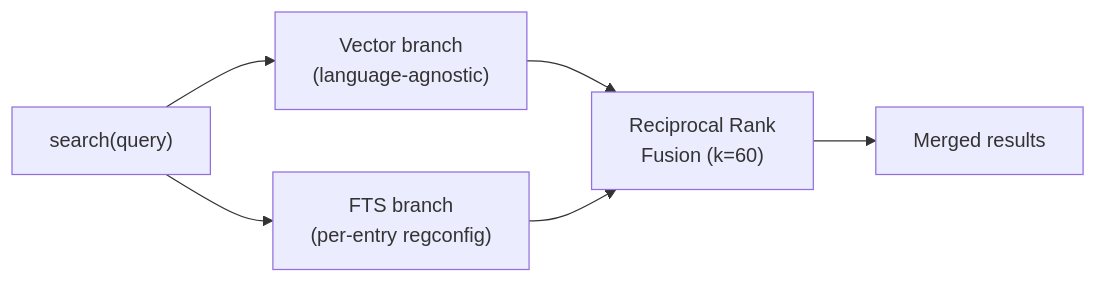
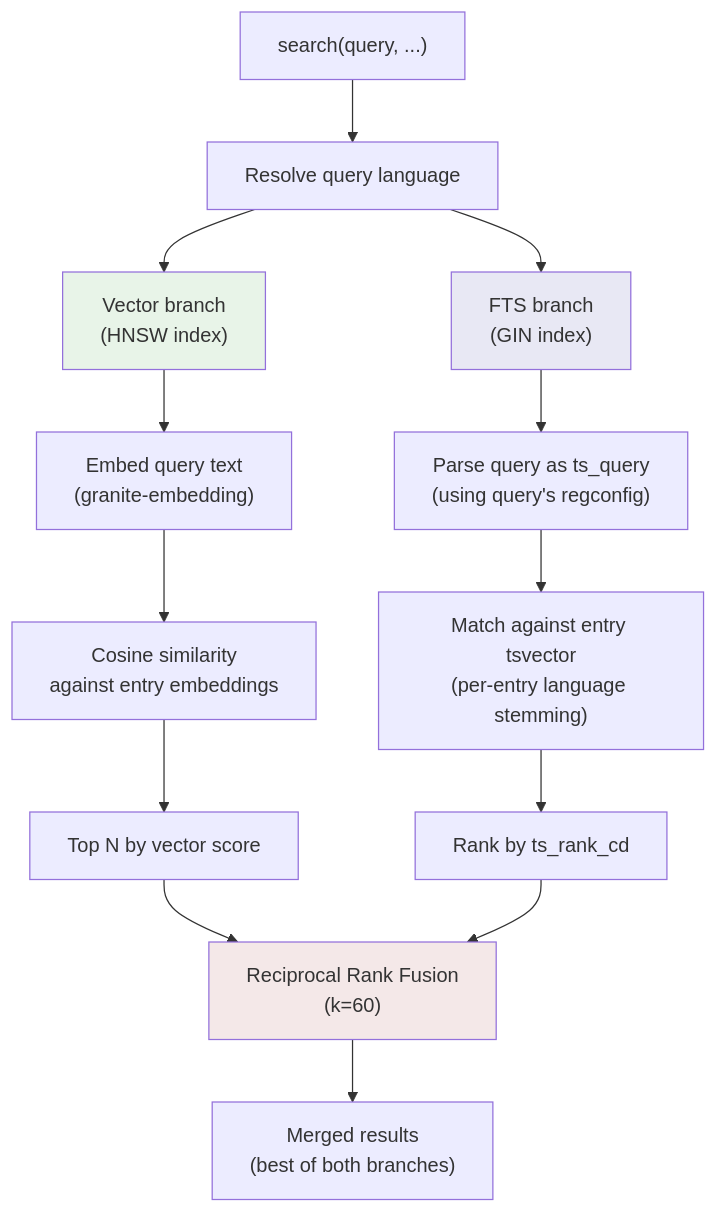
Before and after one commit to cmeans/mcp-awareness: the second of 2 diagrams in docs/language-guide.md, drawn with Mermaid. The commit also changed other lines of this file, not shown here.

First line of the commit message:
fix: language guide — TOC, embedding languages, detailed search diagram

````diff
--- a/docs/language-guide.md
+++ b/docs/language-guide.md
@@ -150,8 +229,22 @@
 ```mermaid
-flowchart LR
-    Q["search(query)"] --> V["Vector branch\n(language-agnostic)"]
-    Q --> F["FTS branch\n(per-entry regconfig)"]
-    V --> RRF["Reciprocal Rank\nFusion (k=60)"]
-    F --> RRF
-    RRF --> R["Merged results"]
+flowchart TD
+    Q["search(query, ...)"] --> P["Resolve query language"]
+    P --> V["Vector branch\n(HNSW index)"]
+    P --> F["FTS branch\n(GIN index)"]
+
+    V --> V1["Embed query text\n(granite-embedding)"]
+    V1 --> V2["Cosine similarity\nagainst entry embeddings"]
+    V2 --> V3["Top N by vector score"]
+
+    F --> F1["Parse query as ts_query\n(using query's regconfig)"]
+    F1 --> F2["Match against entry tsvector\n(per-entry language stemming)"]
+    F2 --> F3["Rank by ts_rank_cd"]
+
+    V3 --> RRF["Reciprocal Rank Fusion\n(k=60)"]
+    F3 --> RRF
+    RRF --> R["Merged results\n(best of both branches)"]
+
+    style V fill:#e8f4e8
+    style F fill:#e8e8f4
+    style RRF fill:#f4e8e8
 ```
````
